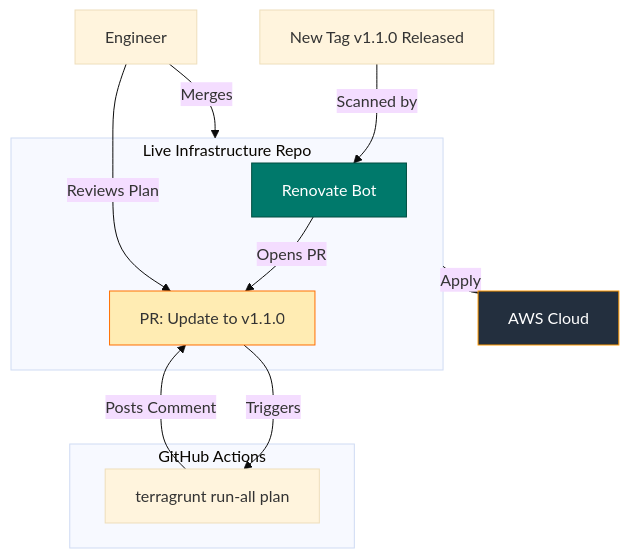
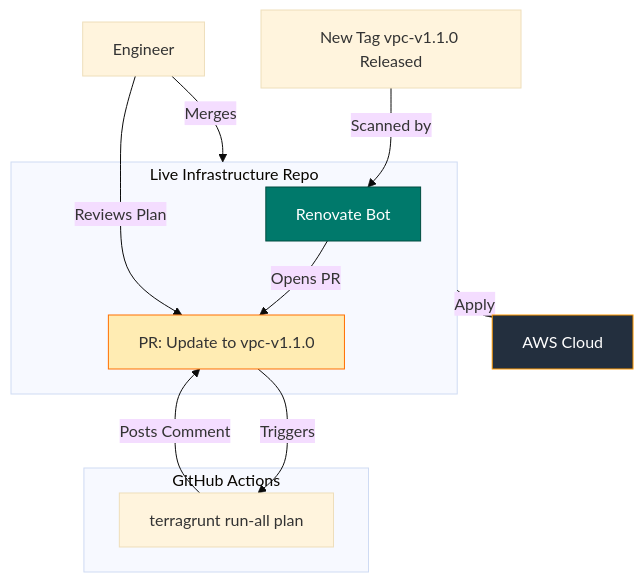
One commit to salsiy/bohobot changed the diagram in content/posts/tech-logs/part-5-automating-dependency-updates-renovate.md. Above: the diagram before and after it, drawn with Mermaid (base theme). The commit also changed other lines of this file and 3 other files, not shown here.

```diff
--- a/content/posts/tech-logs/part-5-automating-dependency-updates-renovate.md
+++ b/content/posts/tech-logs/part-5-automating-dependency-updates-renovate.md
@@ -26,22 +26,22 @@
 {{< mermaid >}}
 graph TD
-    Tag[New Tag v1.1.0 Released] -->|Scanned by| Reno[Renovate Bot]
+    Tag[New Tag vpc-v1.1.0 Released] -->|Scanned by| Reno[Renovate Bot]
     
     subgraph Live_Repo [Live Infrastructure Repo]
-        Reno -->|Opens PR| PR[PR: Update to v1.1.0]
+        Reno -->|Opens PR| PR[PR: Update to vpc-v1.1.0]
     end
     
     subgraph CI_Pipeline [GitHub Actions]
         PR -->|Triggers| Plan[terragrunt run-all plan]
         Plan -->|Posts Comment| PR
     end
     
     eng[Engineer] -->|Reviews Plan| PR
     eng -->|Merges| Live_Repo
     
     Live_Repo -->|Apply| AWS[AWS Cloud]
 
     style Reno fill:#00796b,stroke:#004d40,color:white
     style PR fill:#ffecb3,stroke:#ff6f00
     style AWS fill:#232f3e,stroke:#ff9900,color:white
 {{< /mermaid >}}
```
